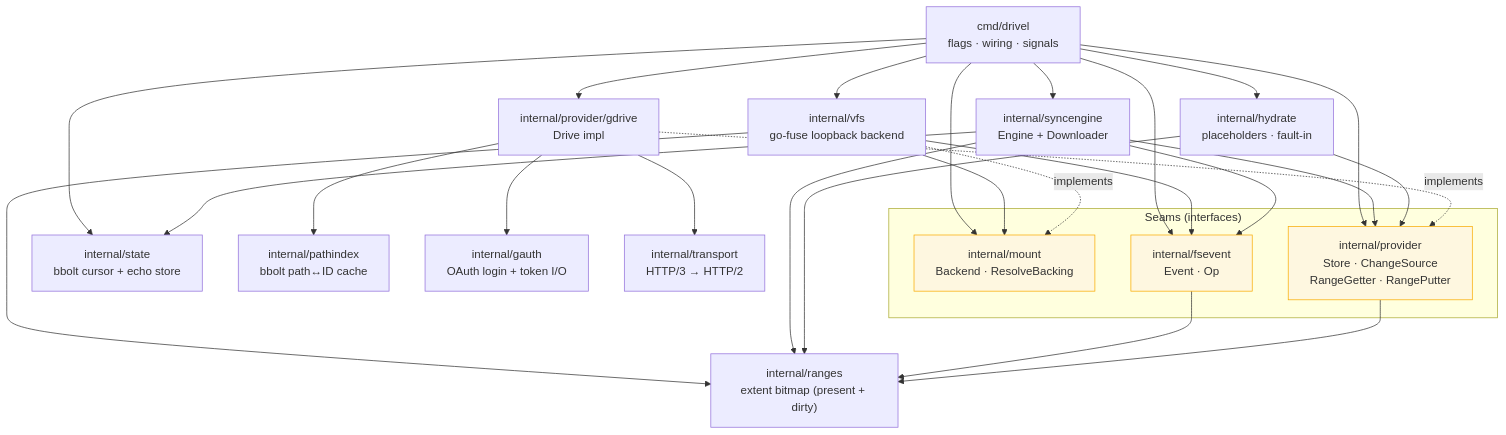
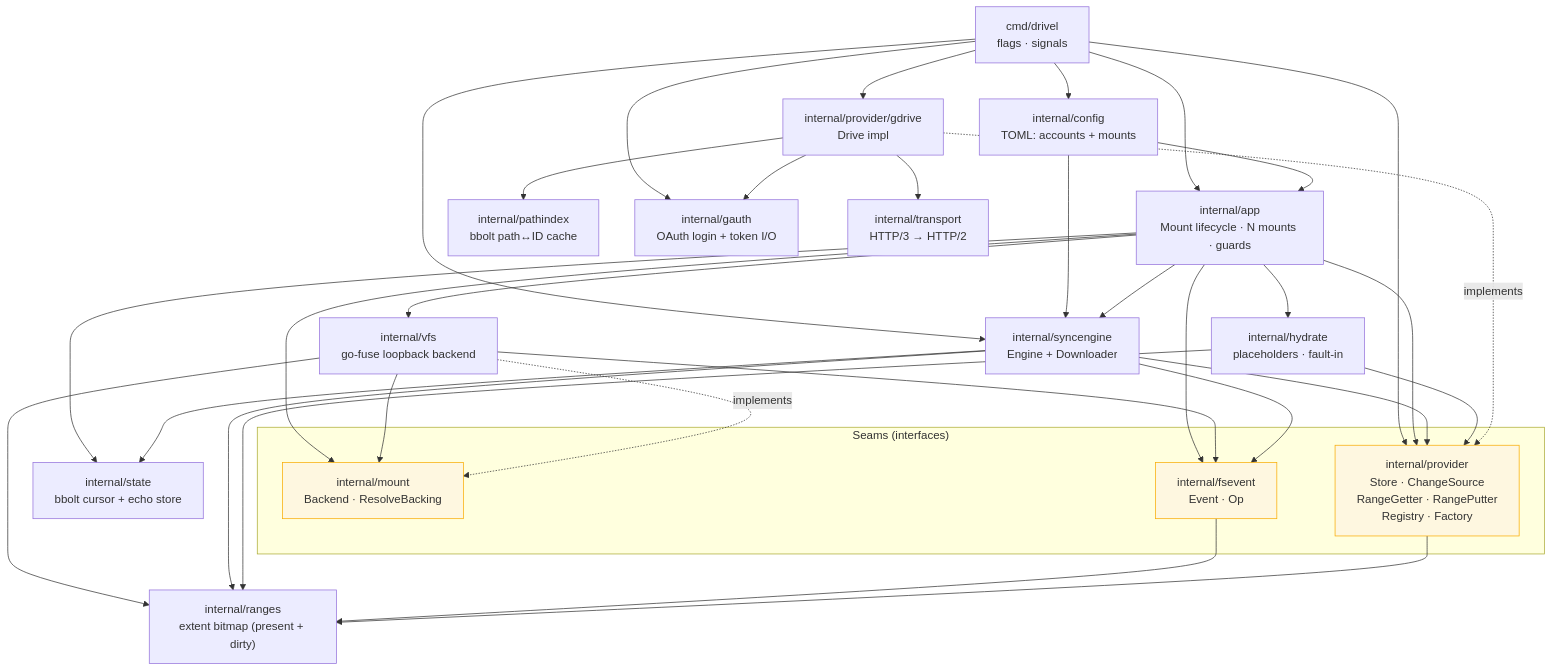
Before and after one commit to syshlted/drivel: the second of 2 diagrams in docs/architecture.md, drawn with Mermaid. The commit also changed 42 other files, not shown here.

````diff
--- a/docs/architecture.md
+++ b/docs/architecture.md
@@ -99,55 +99,66 @@
 ```mermaid
 flowchart TD
-    main["cmd/drivel<br/>flags · wiring · signals"]
+    main["cmd/drivel<br/>flags · signals"]
+    app["internal/app<br/>Mount lifecycle · N mounts · guards"]
+    config["internal/config<br/>TOML: accounts + mounts"]
 
     subgraph seams["Seams (interfaces)"]
         mount["internal/mount<br/>Backend · ResolveBacking"]
-        provider["internal/provider<br/>Store · ChangeSource<br/>RangeGetter · RangePutter"]
+        provider["internal/provider<br/>Store · ChangeSource<br/>RangeGetter · RangePutter<br/>Registry · Factory"]
         fsevent["internal/fsevent<br/>Event · Op"]
     end
 
     vfs["internal/vfs<br/>go-fuse loopback backend"]
     syncengine["internal/syncengine<br/>Engine + Downloader"]
     state["internal/state<br/>bbolt cursor + echo store"]
     hydrate["internal/hydrate<br/>placeholders · fault-in"]
     rangespkg["internal/ranges<br/>extent bitmap (present + dirty)"]
     gdrive["internal/provider/gdrive<br/>Drive impl"]
     pathindex["internal/pathindex<br/>bbolt path↔ID cache"]
     gauth["internal/gauth<br/>OAuth login + token I/O"]
     transport["internal/transport<br/>HTTP/3 → HTTP/2"]
 
-    main --> mount
+    main --> app
+    main --> config
     main --> provider
     main --> gdrive
     main --> syncengine
-    main --> state
-    main --> vfs
-    main --> fsevent
-    main --> hydrate
+    main --> gauth
+
+    config --> app
+    config --> syncengine
+
+    app --> mount
+    app --> provider
+    app --> syncengine
+    app --> state
+    app --> vfs
+    app --> fsevent
+    app --> hydrate
 
     vfs --> mount
     vfs --> fsevent
     vfs --> rangespkg
 
     syncengine --> provider
     syncengine --> fsevent
     syncengine --> state
     syncengine --> rangespkg
 
     hydrate --> provider
     hydrate --> rangespkg
 
     gdrive --> pathindex
 
     fsevent --> rangespkg
     provider --> rangespkg
 
     gdrive -.implements.-> provider
     gdrive --> transport
     gdrive --> gauth
 
     vfs -.implements.-> mount
 
     classDef seam fill:#fef7e0,stroke:#f9ab00;
     class mount,provider,fsevent seam;
 ```
````
